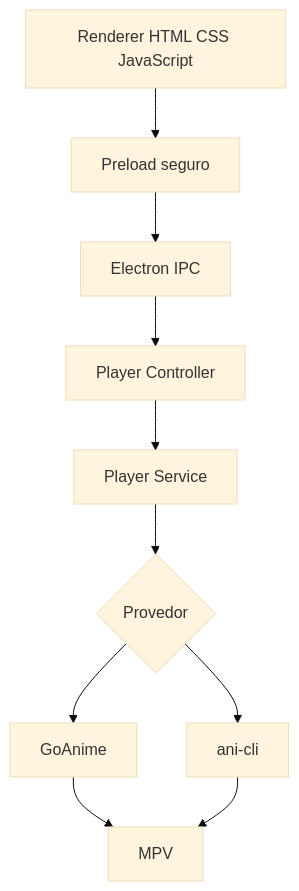
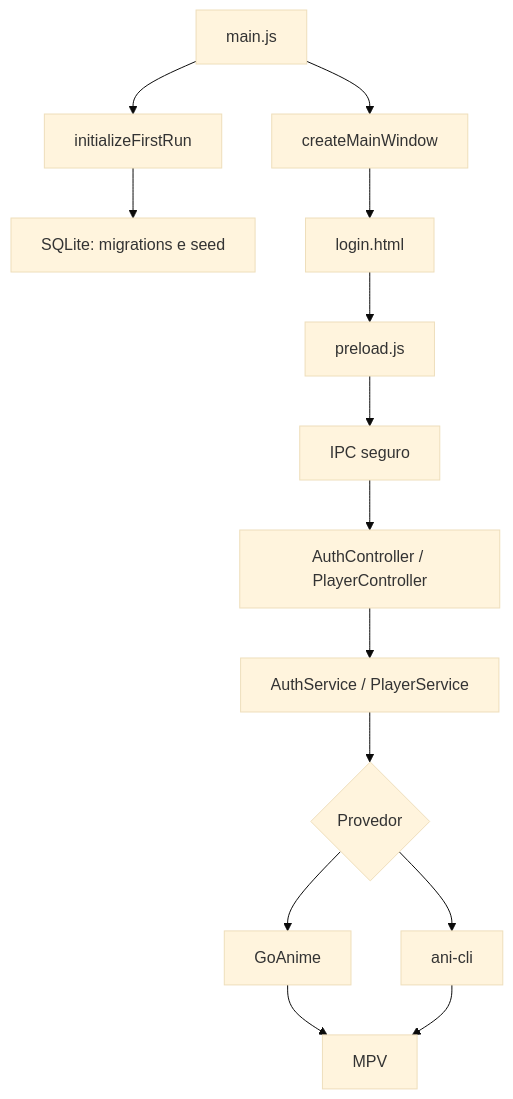
One commit to RaphaelTW/kitsuneDesk changed the diagram in README.md. Above: the diagram before and after it, drawn with Mermaid (base theme). The commit also changed other lines of this file, not shown here.

````diff
--- a/README.md
+++ b/README.md
@@ -260,12 +76,16 @@
 ```mermaid
 flowchart TD
-    UI[Renderer HTML CSS JavaScript] --> PRELOAD[Preload seguro]
-    PRELOAD --> IPC[Electron IPC]
-    IPC --> CONTROLLER[Player Controller]
-    CONTROLLER --> SERVICE[Player Service]
-    SERVICE --> AUTO{Provedor}
-    AUTO --> GOANIME[GoAnime]
-    AUTO --> ANICLI[ani-cli]
-    GOANIME --> MPV[MPV]
-    ANICLI --> MPV
+    A[main.js] --> B[initializeFirstRun]
+    B --> C[SQLite: migrations e seed]
+    A --> D[createMainWindow]
+    D --> E[login.html]
+    E --> F[preload.js]
+    F --> G[IPC seguro]
+    G --> H[AuthController / PlayerController]
+    H --> I[AuthService / PlayerService]
+    I --> J{Provedor}
+    J --> K[GoAnime]
+    J --> L[ani-cli]
+    K --> M[MPV]
+    L --> M[MPV]
 ```
````
